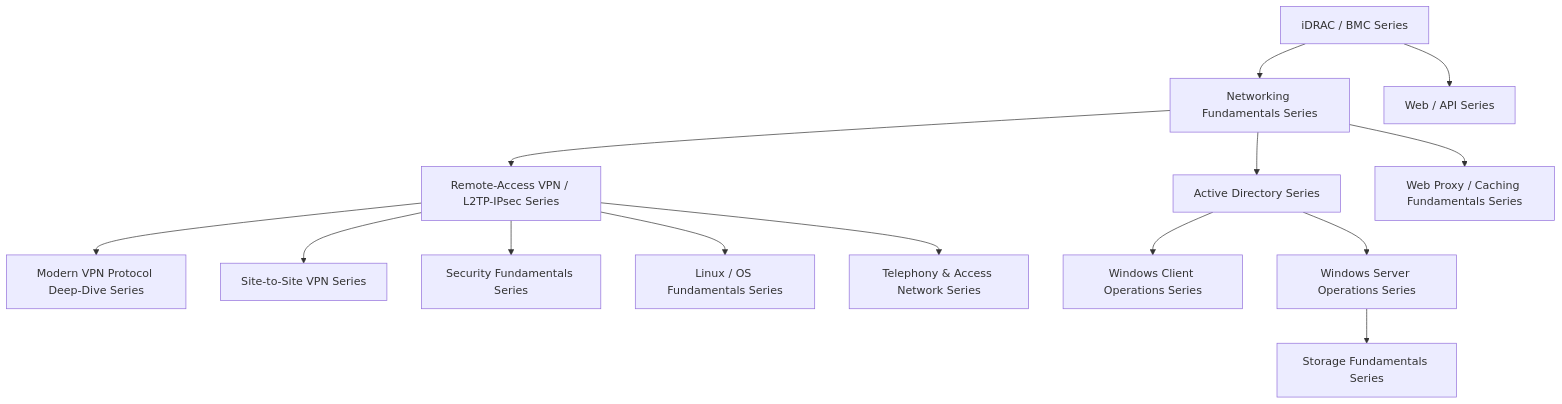
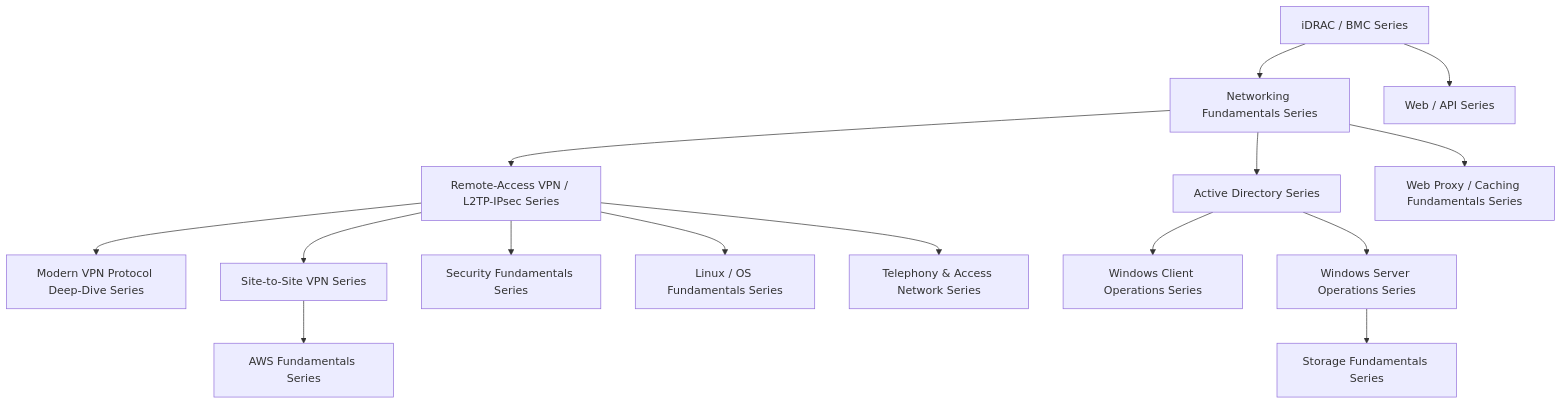
The diagram in src/pages/en/sitemap.md (koikoi1998/koikoi-blog-20260723), drawn with Mermaid before and after one commit. The commit also changed other lines of this file and 7 other files, not shown here.

````diff
--- a/src/pages/en/sitemap.md
+++ b/src/pages/en/sitemap.md
@@ -22,31 +22,33 @@
 ```mermaid
 graph TB
     Idrac["iDRAC / BMC Series"]
     Network["Networking Fundamentals Series"]
     Vpn["Remote-Access VPN / L2TP-IPsec Series"]
     ModernVpn["Modern VPN Protocol Deep-Dive Series"]
     SiteToSite["Site-to-Site VPN Series"]
     Security["Security Fundamentals Series"]
     Linux["Linux / OS Fundamentals Series"]
     Telephony["Telephony & Access Network Series"]
     Api["Web / API Series"]
     ActiveDirectory["Active Directory Series"]
     WindowsClient["Windows Client Operations Series"]
     WindowsServer["Windows Server Operations Series"]
     Storage["Storage Fundamentals Series"]
     WebProxy["Web Proxy / Caching Fundamentals Series"]
+    AwsBasics["AWS Fundamentals Series"]
 
     Idrac --> Network
     Idrac --> Api
     Network --> Vpn
     Vpn --> ModernVpn
     Vpn --> SiteToSite
     Vpn --> Security
     Vpn --> Linux
     Vpn --> Telephony
     Network --> ActiveDirectory
     ActiveDirectory --> WindowsClient
     ActiveDirectory --> WindowsServer
     WindowsServer --> Storage
     Network --> WebProxy
+    SiteToSite --> AwsBasics
 ```
````
